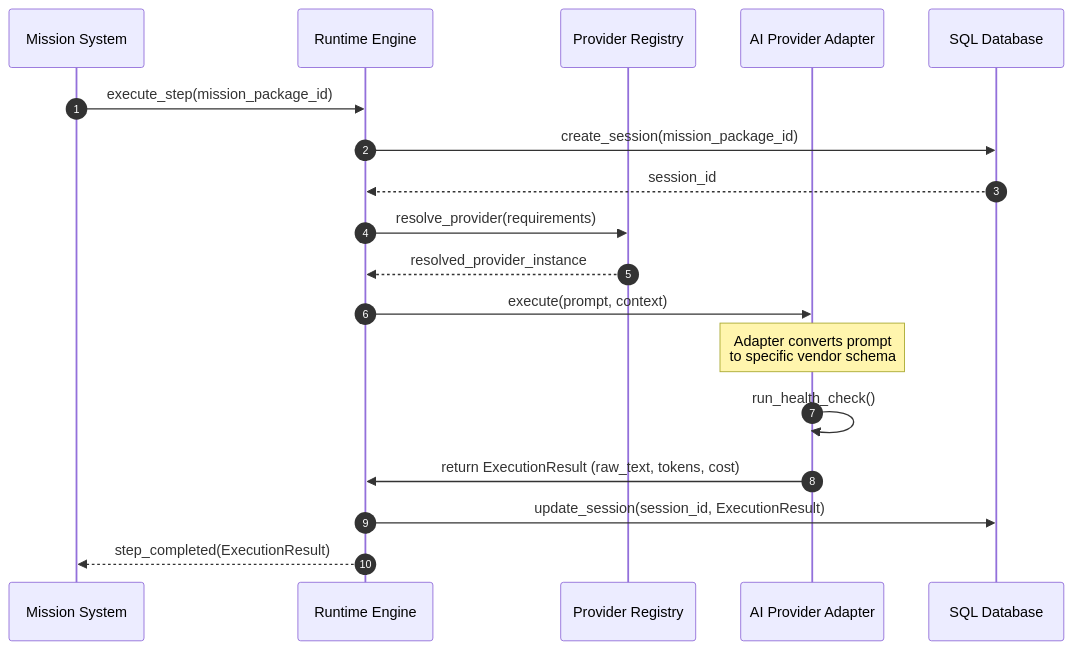
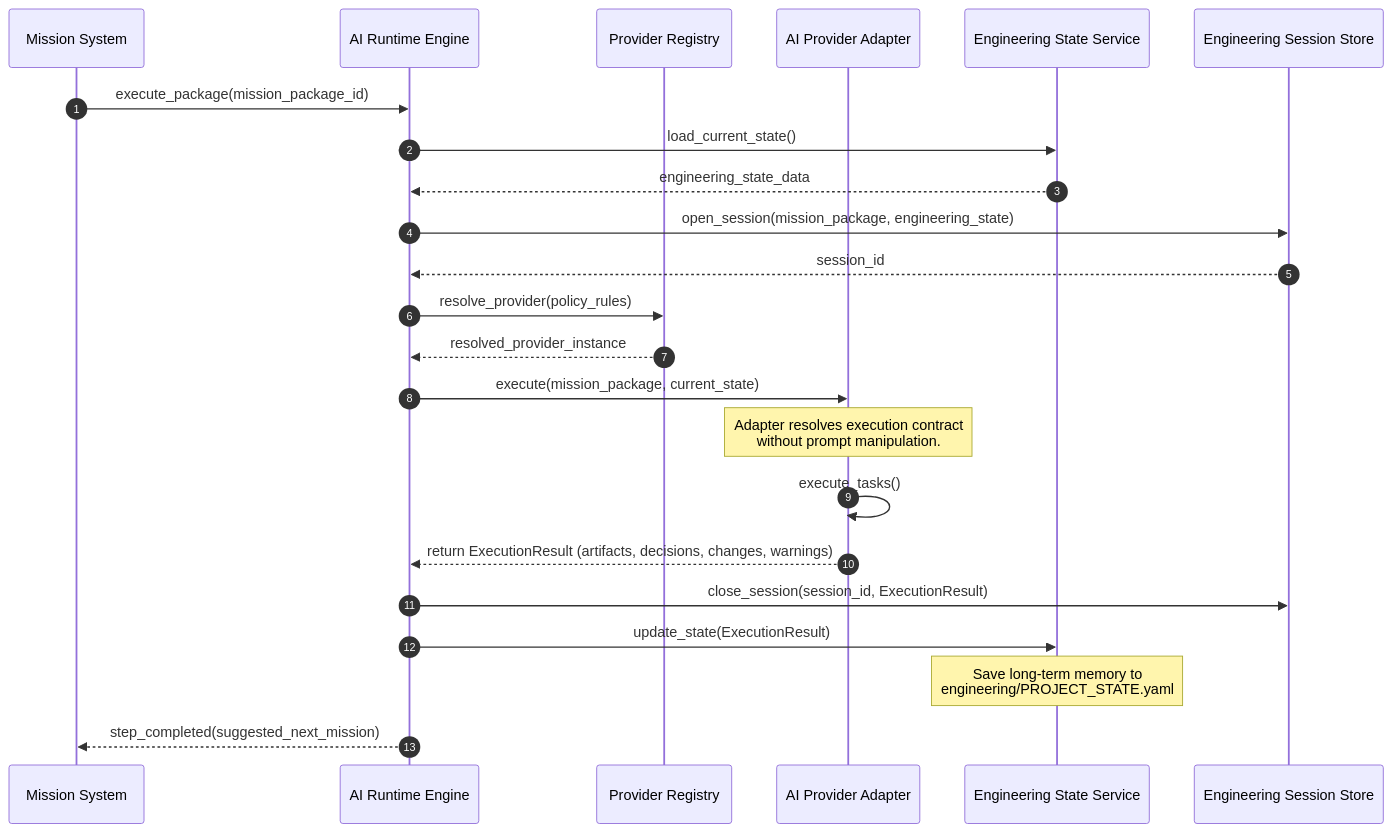
Before and after one commit to adityabriananto/flowforge: the second of 2 diagrams in docs/rfcs/RFC-013.md, drawn with Mermaid. The commit also changed other lines of this file and 2 other files, not shown here.

Commit message:
feat: refine AI Runtime Architecture (FF-018.0) - release refined RFC-013, ADR-013, sequence diagrams, interface drafts, and update STATUS.md

````diff
--- a/docs/rfcs/RFC-013.md
+++ b/docs/rfcs/RFC-013.md
@@ -34,21 +55,26 @@
 ```mermaid
 sequenceDiagram
     autonumber
     participant MS as Mission System
-    participant RE as Runtime Engine
+    participant RE as AI Runtime Engine
     participant PR as Provider Registry
     participant AP as AI Provider Adapter
-    participant DB as SQL Database
+    participant ES as Engineering State Service
+    participant ESS as Engineering Session Store
 
-    MS->>RE: execute_step(mission_package_id)
-    RE->>DB: create_session(mission_package_id)
-    DB-->>RE: session_id
-    RE->>PR: resolve_provider(requirements)
+    MS->>RE: execute_package(mission_package_id)
+    RE->>ES: load_current_state()
+    ES-->>RE: engineering_state_data
+    RE->>ESS: open_session(mission_package, engineering_state)
+    ESS-->>RE: session_id
+    RE->>PR: resolve_provider(policy_rules)
     PR-->>RE: resolved_provider_instance
-    RE->>AP: execute(prompt, context)
-    Note over AP: Adapter converts prompt<br/>to specific vendor schema
-    AP->>AP: run_health_check()
-    AP->>RE: return ExecutionResult (raw_text, tokens, cost)
-    RE->>DB: update_session(session_id, ExecutionResult)
-    RE-->>MS: step_completed(ExecutionResult)
+    RE->>AP: execute(mission_package, current_state)
+    Note over AP: Adapter resolves execution contract<br/>without prompt manipulation.
+    AP->>AP: execute_tasks()
+    AP-->>RE: return ExecutionResult (artifacts, decisions, changes, warnings)
+    RE->>ESS: close_session(session_id, ExecutionResult)
+    RE->>ES: update_state(ExecutionResult)
+    Note over ES: Save long-term memory to<br/>engineering/PROJECT_STATE.yaml
+    RE-->>MS: step_completed(suggested_next_mission)
 ```
````
